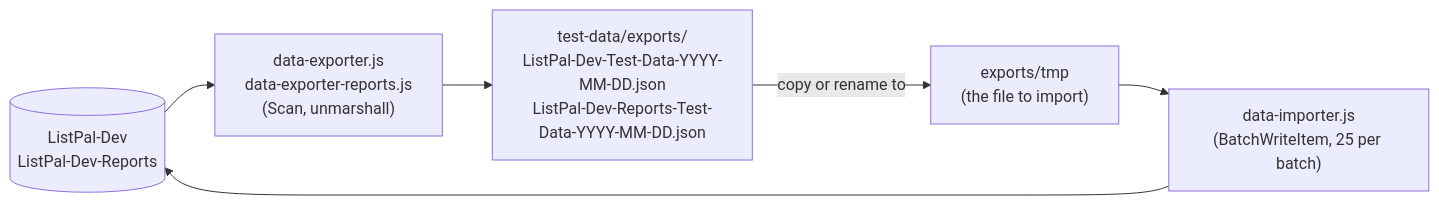
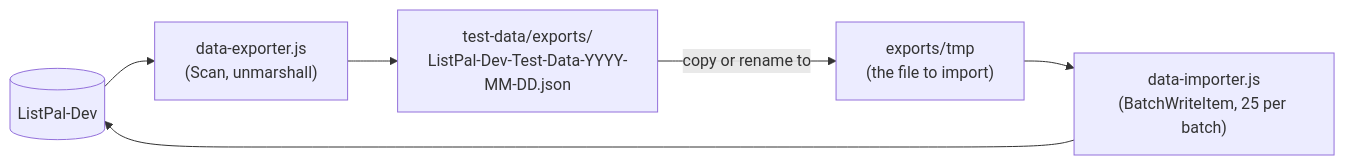
One commit to TomBenjaminMorris/listpal-backend changed the seventh of 7 diagrams in ARCHITECTURE.md. Above: the diagram before and after it, drawn with Mermaid. The commit also changed other lines of this file and 4 other files, not shown here.

````diff
--- a/ARCHITECTURE.md
+++ b/ARCHITECTURE.md
@@ -334,11 +325,11 @@
 ```mermaid
 flowchart LR
-    DDB[("ListPal-Dev<br/>ListPal-Dev-Reports")]
-    EXP["data-exporter.js<br/>data-exporter-reports.js<br/>(Scan, unmarshall)"]
-    FILES["test-data/exports/<br/>ListPal-Dev-Test-Data-YYYY-MM-DD.json<br/>ListPal-Dev-Reports-Test-Data-YYYY-MM-DD.json"]
+    DDB[("ListPal-Dev")]
+    EXP["data-exporter.js<br/>(Scan, unmarshall)"]
+    FILES["test-data/exports/<br/>ListPal-Dev-Test-Data-YYYY-MM-DD.json"]
     TMP["exports/tmp<br/>(the file to import)"]
     IMP["data-importer.js<br/>(BatchWriteItem, 25 per batch)"]
 
     DDB --> EXP --> FILES
     FILES -->|"copy or rename to"| TMP --> IMP --> DDB
 ```
````
